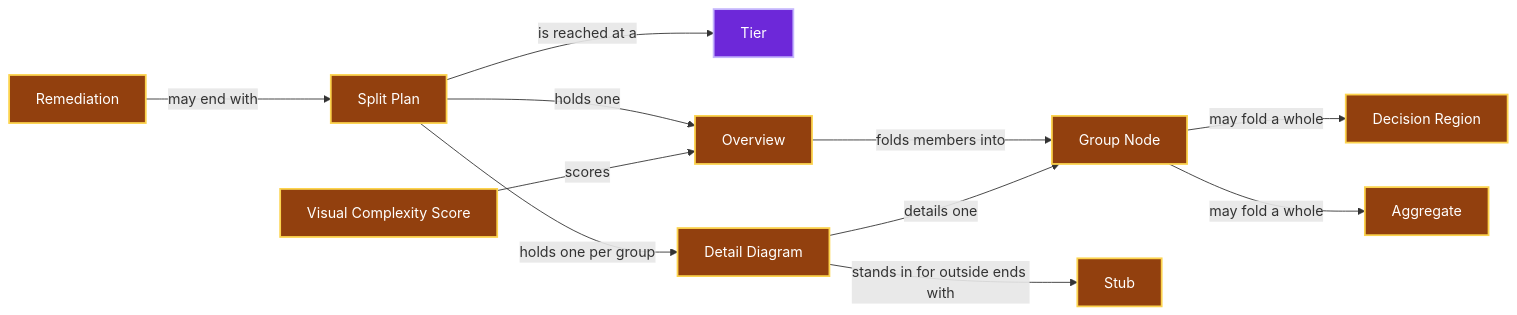
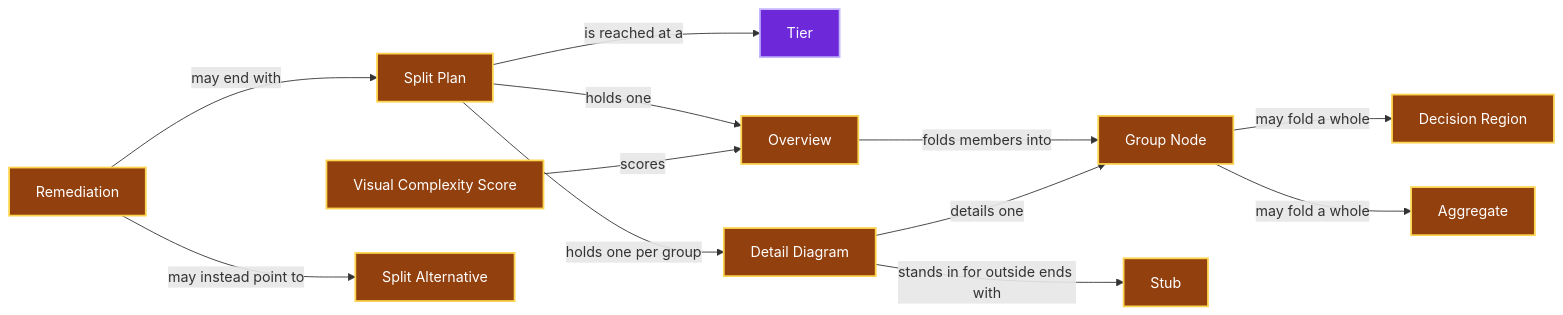
The third of 6 diagrams in GLOSSARY.md (jpeakai/jpai-mermaidjs-lint), drawn with Mermaid before and after one commit. The commit also changed other lines of this file and 46 other files, not shown here.

````diff
--- a/GLOSSARY.md
+++ b/GLOSSARY.md
@@ -89,31 +89,33 @@
 ```mermaid
 flowchart LR
     REM["Remediation"]:::info
     SPL["Split Plan"]:::info
     TIR["Tier"]:::rule
     OVR["Overview"]:::info
     GRP["Group Node"]:::info
     DET["Detail Diagram"]:::info
     STB["Stub"]:::info
     VCS["Visual Complexity Score"]:::info
     DRG["Decision Region"]:::info
     AGG["Aggregate"]:::info
+    ALT["Split Alternative"]:::info
 
     REM -- may end with --> SPL
+    REM -- may instead point to --> ALT
     SPL -- is reached at a --> TIR
     SPL -- holds one --> OVR
     SPL -- holds one per group --> DET
     OVR -- folds members into --> GRP
     DET -- details one --> GRP
     DET -- stands in for outside ends with --> STB
     VCS -- scores --> OVR
     GRP -- may fold a whole --> DRG
     GRP -- may fold a whole --> AGG
 
     classDef people    fill:#1e40af,stroke:#93c5fd,color:#fff,stroke-width:2px
     classDef info      fill:#92400e,stroke:#fcd34d,color:#fff,stroke-width:2px
     classDef rule      fill:#6d28d9,stroke:#c4b5fd,color:#fff,stroke-width:2px
     classDef forbidden fill:#b91c1c,stroke:#fca5a5,color:#fff,stroke-width:2px
     classDef pipeline  fill:#047857,stroke:#6ee7b7,color:#fff,stroke-width:2px
     classDef record    fill:#334155,stroke:#cbd5e1,color:#fff,stroke-width:2px
 ```
````
